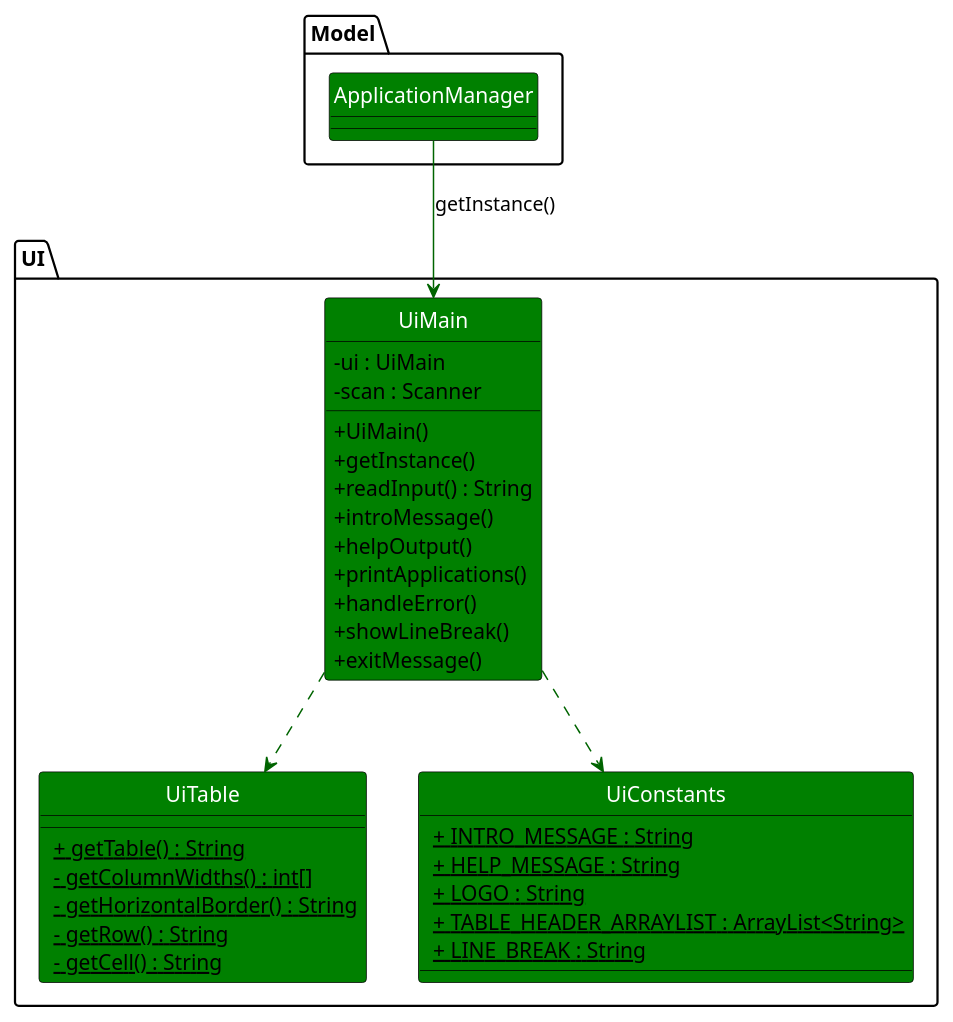
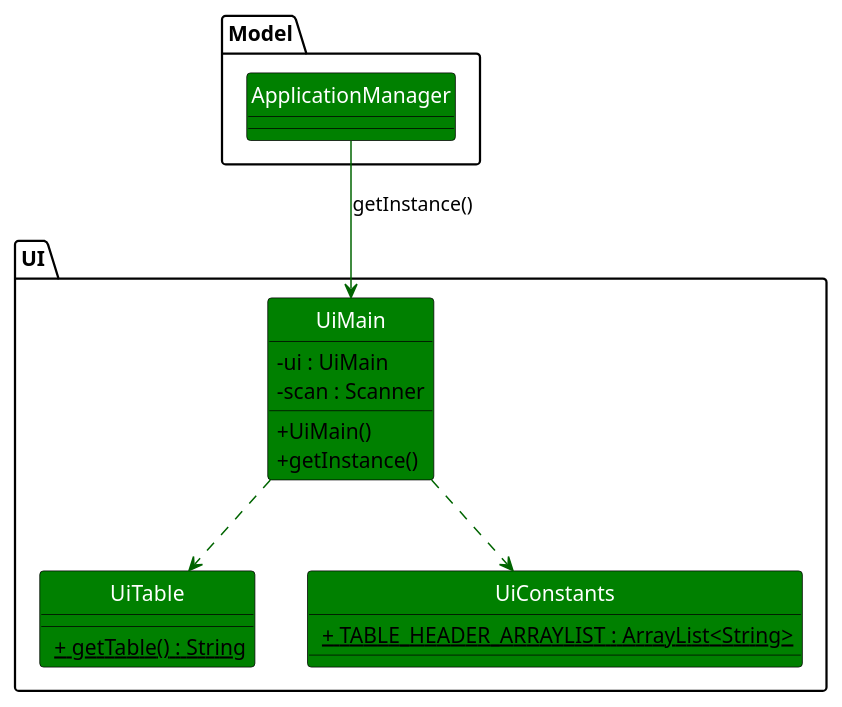
The diagram in docs/diagrams/class-diagrams/puml/UI.puml (irfandeen/tp), drawn with PlantUML before and after one commit. The commit also changed 1 other file, not shown here.

Commit message:
update UI class diagram

```diff
--- a/docs/diagrams/class-diagrams/puml/UI.puml
+++ b/docs/diagrams/class-diagrams/puml/UI.puml
@@ -1,52 +1,36 @@
 @startuml
 
 skinparam ClassAttributeIconSize 0
 skinparam classBackgroundColor green
 skinparam classBorderColor black
 skinparam classArrowColor darkgreen
 skinparam classFontColor white
 hide circle
 
 package Model {
     class ApplicationManager
 }
 
 package UI as UiPackage {
     class UiMain {
         - ui : UiMain
         - scan : Scanner
 
         + UiMain()
         + getInstance()
-        + readInput() : String
-        + introMessage()
-        + helpOutput()
-        + printApplications()
-        + handleError()
-        + showLineBreak()
-        + exitMessage()
     }
     class UiTable {
         <u> + getTable() : String
-        <u> - getColumnWidths() : int[]
-        <u> - getHorizontalBorder() : String
-        <u> - getRow() : String
-        <u> - getCell() : String
-
     }
     class UiConstants {
-        <u> + INTRO_MESSAGE : String
-        <u> + HELP_MESSAGE : String
-        <u> + LOGO : String
         <u> + TABLE_HEADER_ARRAYLIST : ArrayList<String>
-        <u> + LINE_BREAK : String
     }
 }
 
 ApplicationManager << (X,#FFFFFF) >>
 ApplicationManager --> UiMain : getInstance()
 
 UiMain ..> UiTable
 UiMain ..> UiConstants
 
 @enduml
```
